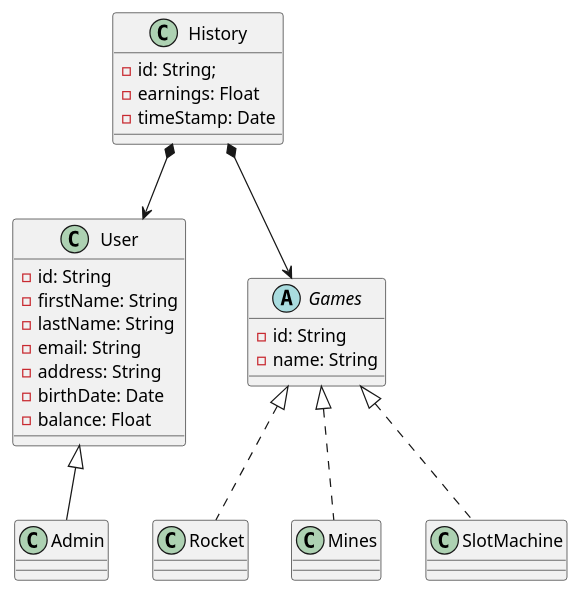
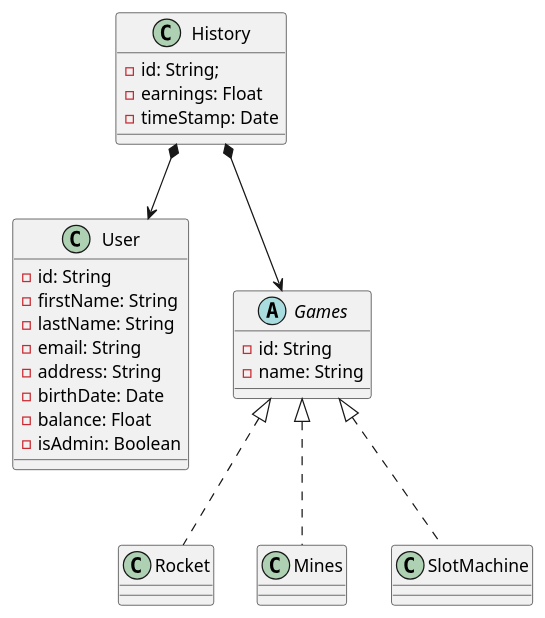
One commit to jojo-jrd/Ensimag-CasiDio changed the third of 3 diagrams in README.md. Above: the diagram before and after it, drawn with PlantUML.

Commit message:
[FIX] adding isAdmin field and delete Admin class

````diff
--- a/README.md
+++ b/README.md
@@ -131,36 +131,34 @@
 ```plantuml
 class User{
   -id: String
   -firstName: String
   -lastName: String
   -email: String
   -address: String
   -birthDate: Date
   -balance: Float
-}
-
-class Admin extends User{
+  -isAdmin: Boolean
 }
 
 abstract Games{
   -id: String
   -name: String
 }
 
 class Rocket implements Games{
 }
 class Mines implements Games{
 }
 class SlotMachine implements Games{
 }
 
 class History{
  -id: String;
  -earnings: Float
  -timeStamp: Date
 }
 
 
 History *--> User
 History *--> Games
 ```
````
